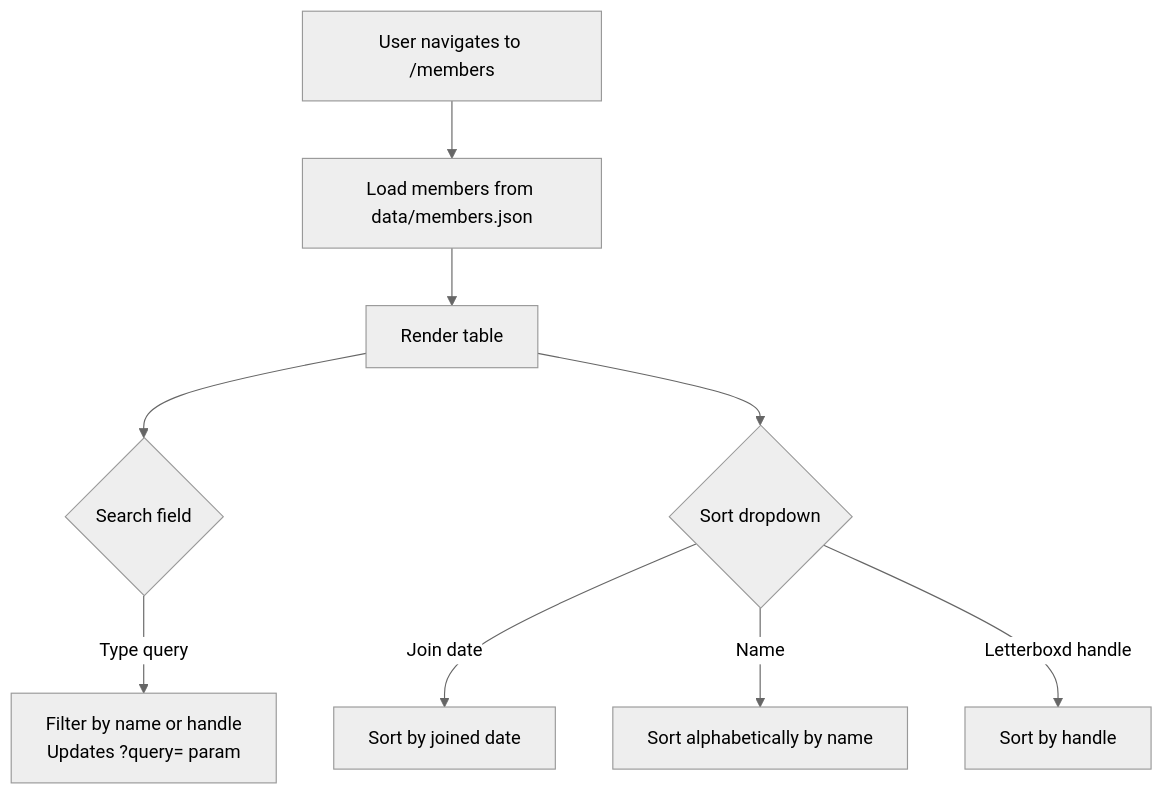
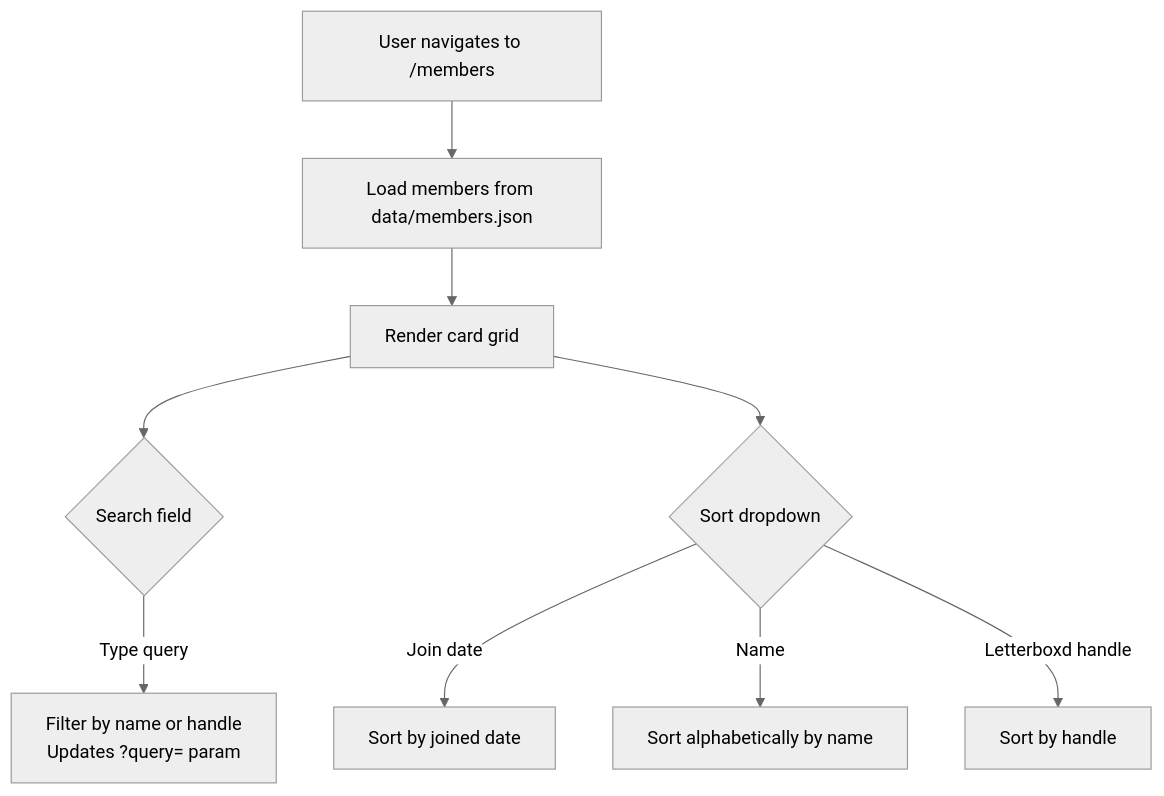
Before and after one commit to michaellambgelo/jxnfilmclub: the diagram in docs/features/members-directory.md, drawn with Mermaid (neutral theme). The commit also changed other lines of this file and 5 other files, not shown here.

First line of the commit message:
feat(ui): render members + events as responsive card grids

````diff
--- a/docs/features/members-directory.md
+++ b/docs/features/members-directory.md
@@ -17,13 +24,13 @@
 ```mermaid
 flowchart TD
     A[User navigates to /members] --> B[Load members from data/members.json]
-    B --> C[Render table]
+    B --> C[Render card grid]
 
     C --> D{Search field}
     D -->|Type query| E[Filter by name or handle<br/>Updates ?query= param]
 
     C --> F{Sort dropdown}
     F -->|Join date| G[Sort by joined date]
     F -->|Name| H[Sort alphabetically by name]
     F -->|Letterboxd handle| I[Sort by handle]
 ```
````
